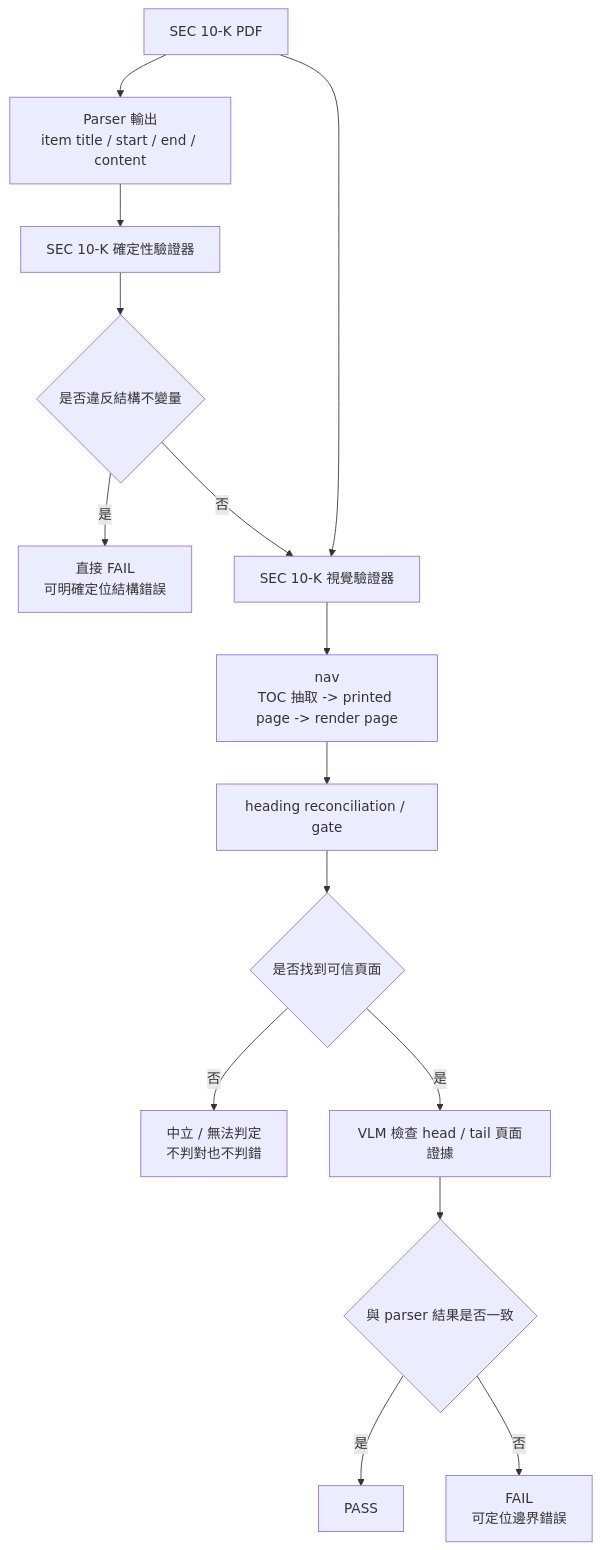
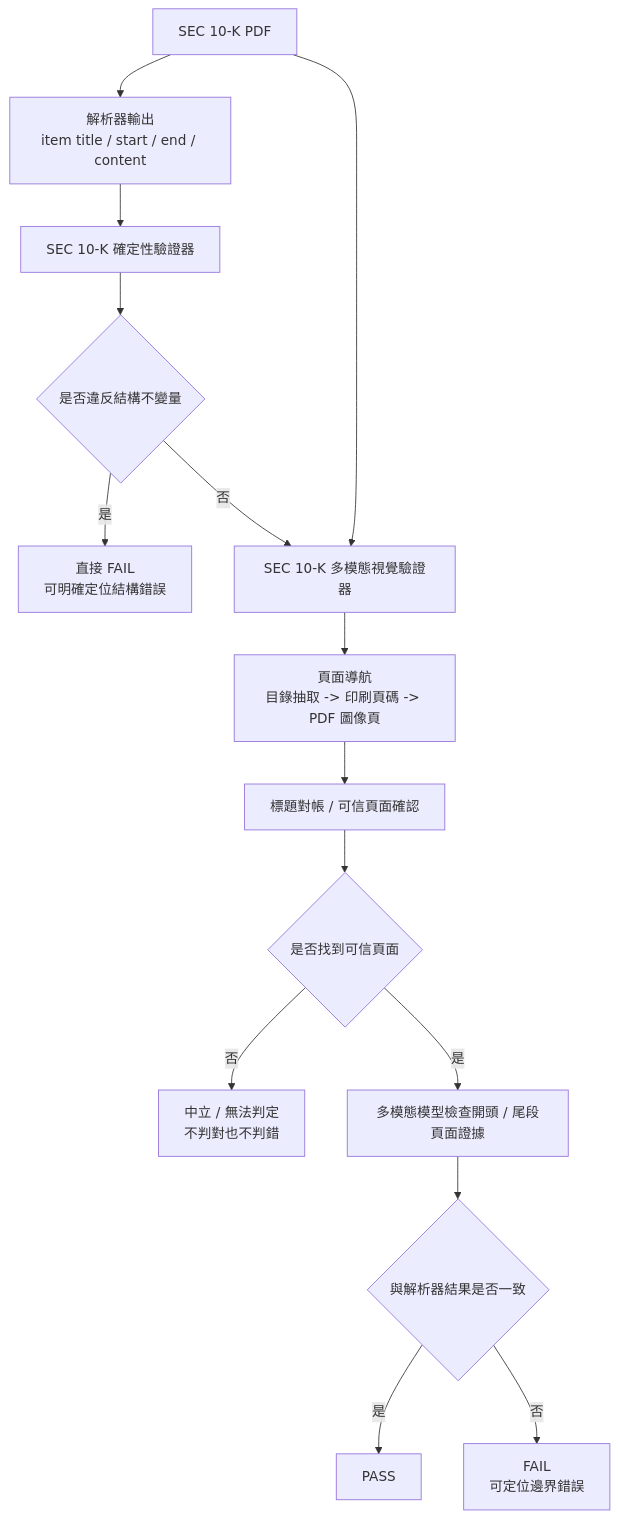
Before and after one commit to LLMSystems/SEC-10-K-Structured-Extraction: the diagram in feedback/combined_validation_report.md, drawn with Mermaid. The commit also changed other lines of this file and 16 other files, not shown here.

````diff
--- a/feedback/combined_validation_report.md
+++ b/feedback/combined_validation_report.md
@@ -58,17 +58,17 @@
 ```mermaid
 flowchart TD
-    A["SEC 10-K PDF"] --> B["Parser 輸出<br/>item title / start / end / content"]
+    A["SEC 10-K PDF"] --> B["解析器輸出<br/>item title / start / end / content"]
     B --> C["SEC 10-K 確定性驗證器"]
     C --> D{"是否違反結構不變量"}
     D -- "是" --> E["直接 FAIL<br/>可明確定位結構錯誤"]
-    D -- "否" --> F["SEC 10-K 視覺驗證器"]
+    D -- "否" --> F["SEC 10-K 多模態視覺驗證器"]
     A --> F
-    F --> G["nav<br/>TOC 抽取 -> printed page -> render page"]
-    G --> H["heading reconciliation / gate"]
+    F --> G["頁面導航<br/>目錄抽取 -> 印刷頁碼 -> PDF 圖像頁"]
+    G --> H["標題對帳 / 可信頁面確認"]
     H --> I{"是否找到可信頁面"}
     I -- "否" --> J["中立 / 無法判定<br/>不判對也不判錯"]
-    I -- "是" --> K["VLM 檢查 head / tail 頁面證據"]
-    K --> L{"與 parser 結果是否一致"}
+    I -- "是" --> K["多模態模型檢查開頭 / 尾段頁面證據"]
+    K --> L{"與解析器結果是否一致"}
     L -- "是" --> M["PASS"]
     L -- "否" --> N["FAIL<br/>可定位邊界錯誤"]
 ```
````
